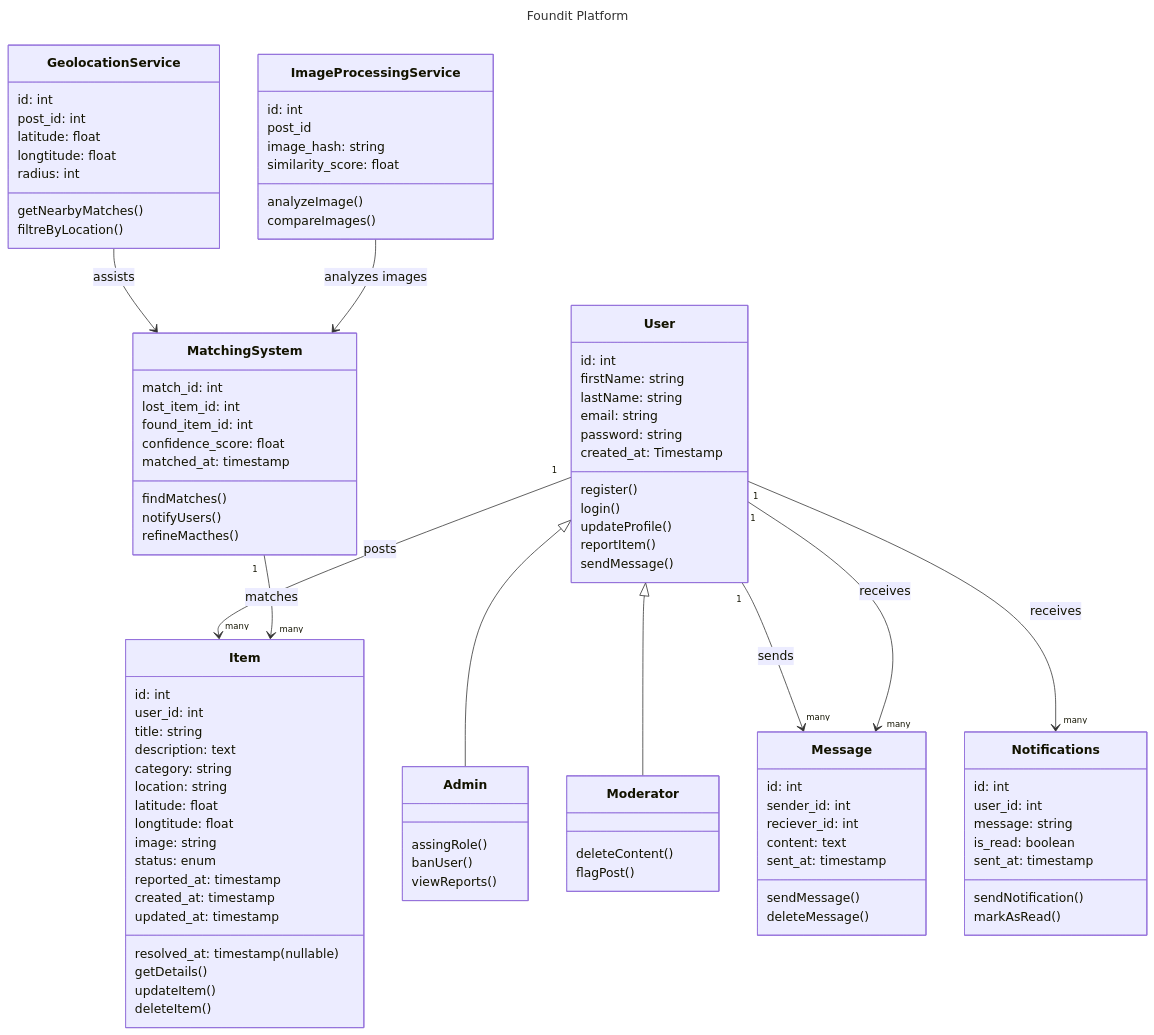
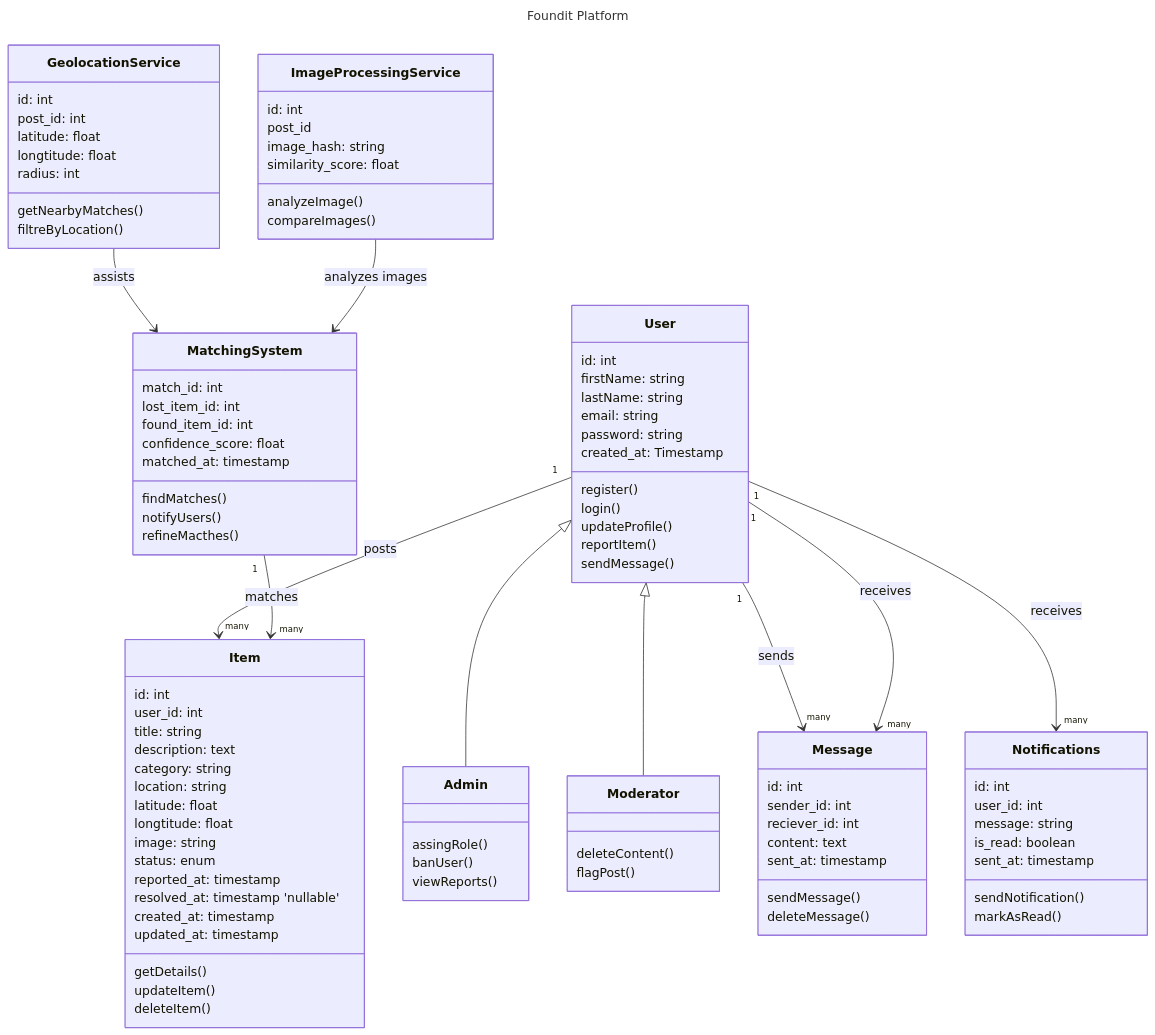
Before and after one commit to A-007481D/FoundIt: the diagram in Conception UML/ClassDiagram.mermaid, drawn with Mermaid. The commit also changed 91 other files, not shown here.

```diff
--- a/Conception UML/ClassDiagram.mermaid
+++ b/Conception UML/ClassDiagram.mermaid
@@ -1,110 +1,110 @@
 ---
 title : Foundit Platform
 ---
 
 classDiagram
     class User {
         id: int
         firstName: string
         lastName: string
         email: string
         password: string
         created_at: Timestamp
         register()
         login()
         updateProfile()
         reportItem()
         sendMessage()
     }
 
     class Admin {
         assingRole()
         banUser()
         viewReports()
     }
 
     class Moderator {
         deleteContent()
         flagPost()
     }
 
     class Item {
         id: int
         user_id: int
         title: string
         description: text
         category: string
         location: string
         latitude: float
         longtitude: float
         image: string
         status: enum
         reported_at: timestamp
-        resolved_at: timestamp (nullable)
+        resolved_at: timestamp 'nullable'
         created_at: timestamp
         updated_at: timestamp
         getDetails()
         updateItem()
         deleteItem()
     }
 
     class MatchingSystem {
         match_id: int
         lost_item_id: int
         found_item_id: int
         confidence_score: float
         matched_at: timestamp
         findMatches()
         notifyUsers()
         refineMacthes()
     }
 
     class Notifications {
         id: int
         user_id: int
         message: string
         is_read: boolean
         sent_at: timestamp
         sendNotification()
         markAsRead()
     }
 
     class Message {
         id: int
         sender_id: int
         reciever_id: int
         content: text
         sent_at: timestamp
         sendMessage()
         deleteMessage()
     }
 
     class GeolocationService {
         id: int
         post_id: int
         latitude: float
         longtitude: float
         radius: int
         getNearbyMatches()
         filtreByLocation()
     }
 
     class ImageProcessingService {
         id: int
         post_id
         image_hash: string
         similarity_score: float
         analyzeImage()
         compareImages()
     }
 
 %% Relationships
     User <|-- Admin
     User <|-- Moderator
     User "1" --> "many" Item : posts
     User "1" --> "many" Message : sends
     User "1" --> "many" Message : receives
     User "1" --> "many" Notifications : receives
     MatchingSystem "1" --> "many" Item : matches
     GeolocationService --> MatchingSystem : assists
     ImageProcessingService --> MatchingSystem : analyzes images
```
